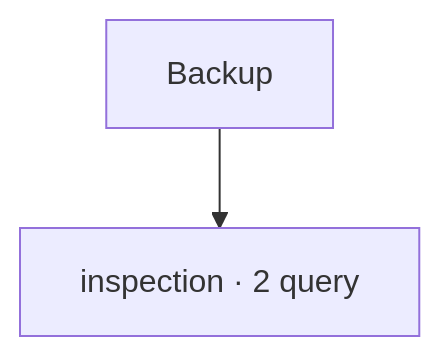
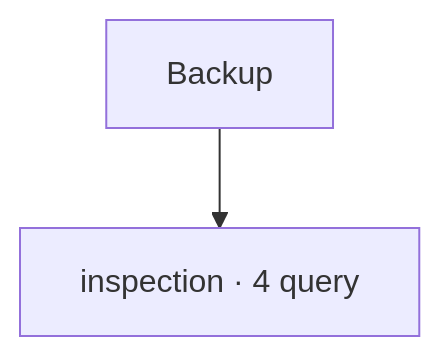
One commit to Mohamed-DN/PG-DN_scripts changed the diagram in scripts/backup/README.md. Above: the diagram before and after it, drawn with Mermaid. The commit also changed other lines of this file and 533 other files, not shown here.

````diff
--- a/scripts/backup/README.md
+++ b/scripts/backup/README.md
@@ -11,5 +23,5 @@
 ```mermaid
 flowchart TD
     root["Backup"]
-    root --> c0["inspection · 2 query"]
+    root --> c0["inspection · 4 query"]
 ```
````
